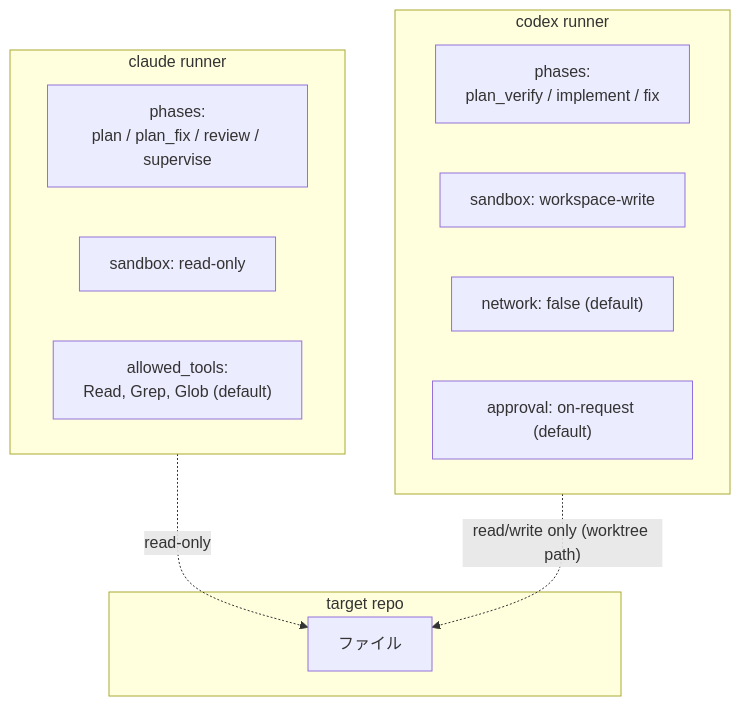
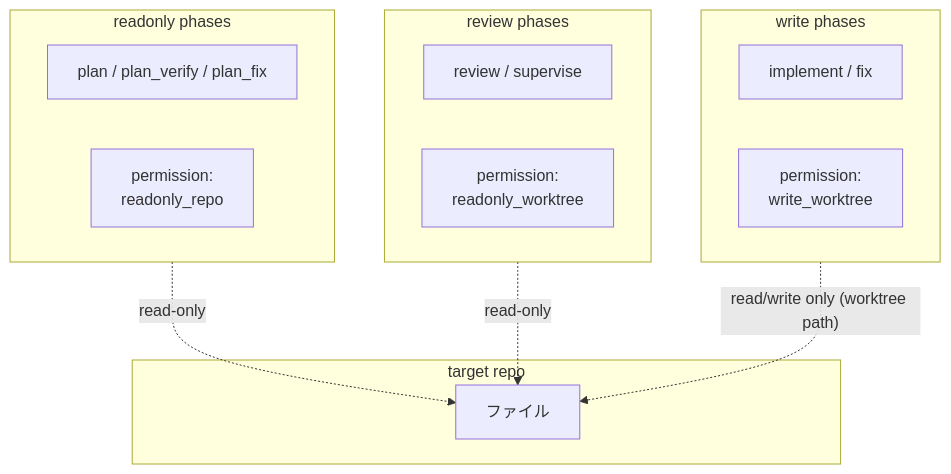
One commit to cattyneo/agent-autokit changed the fourth of 8 diagrams in guides/dev/05-safety.md. Above: the diagram before and after it, drawn with Mermaid. The commit also changed other lines of this file and 15 other files, not shown here.

````diff
--- a/guides/dev/05-safety.md
+++ b/guides/dev/05-safety.md
@@ -73,22 +73,25 @@
 ```mermaid
 flowchart TB
-  subgraph claude["claude runner"]
-    cP["phases:<br/>plan / plan_fix / review / supervise"]
-    cM["sandbox: read-only"]
-    cT["allowed_tools:<br/>Read, Grep, Glob (default)"]
+  subgraph readonly["readonly phases"]
+    rP["plan / plan_verify / plan_fix"]
+    rM["permission:<br/>readonly_repo"]
   end
 
-  subgraph codex["codex runner"]
-    xP["phases:<br/>plan_verify / implement / fix"]
-    xM["sandbox: workspace-write"]
-    xN["network: false (default)"]
-    xA["approval: on-request (default)"]
+  subgraph review["review phases"]
+    vP["review / supervise"]
+    vM["permission:<br/>readonly_worktree"]
+  end
+
+  subgraph write["write phases"]
+    wP["implement / fix"]
+    wM["permission:<br/>write_worktree"]
   end
 
   subgraph repo["target repo"]
     R[ファイル]
   end
 
-  claude -. read-only .-> R
-  codex -. "read/write only (worktree path)" .-> R
+  readonly -. read-only .-> R
+  review -. read-only .-> R
+  write -. "read/write only (worktree path)" .-> R
 ```
````
